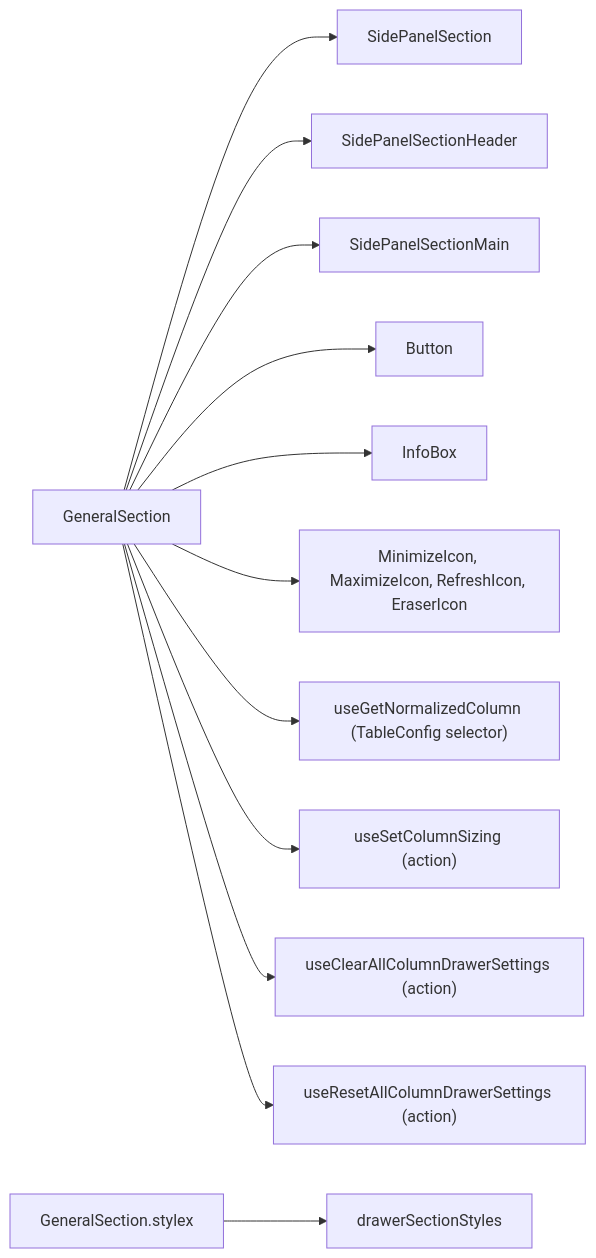
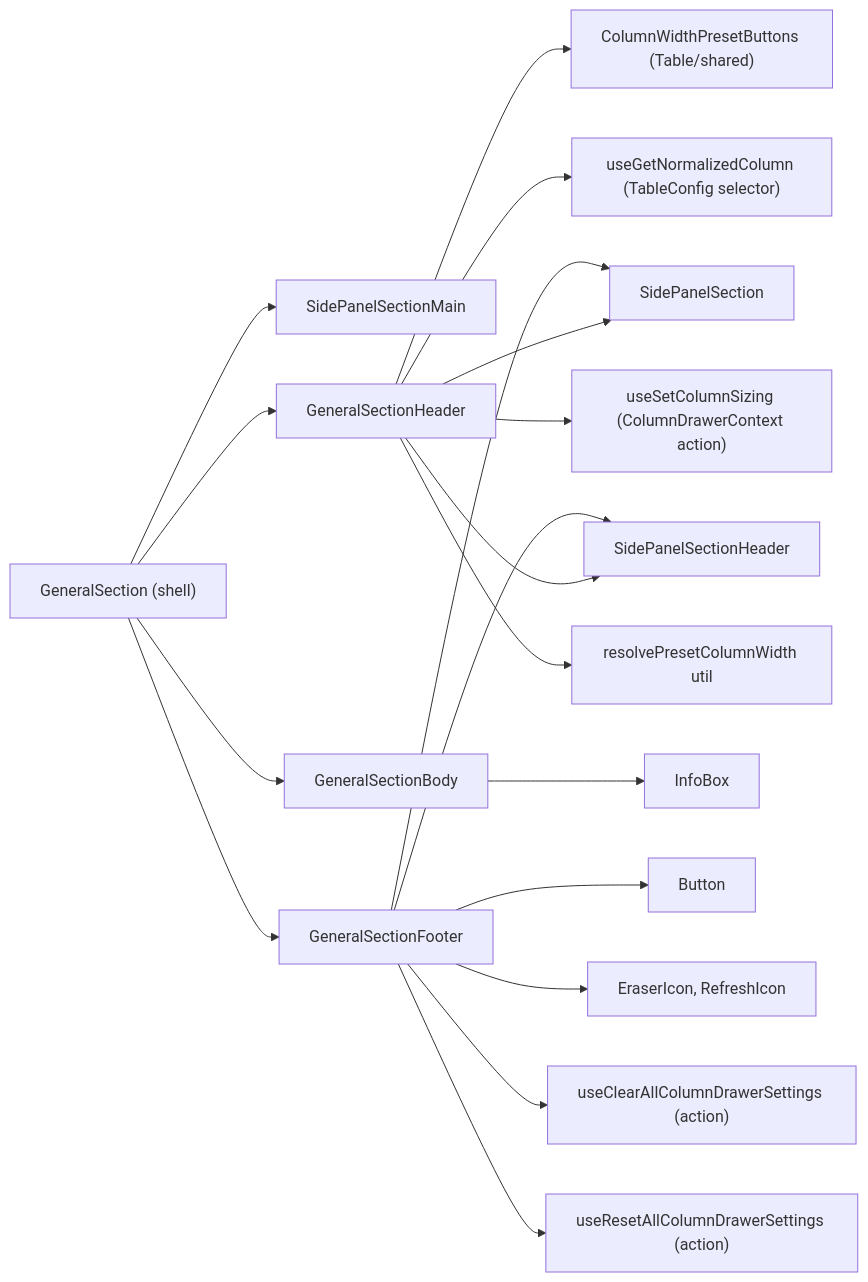
Before and after one commit to luciocabrera/lcabrera-stack: the first of 2 diagrams in packages/ui/src/components/Table/ColumnSettingsDrawer/GeneralSection/ARCHITECTURE.md, drawn with Mermaid. The commit also changed other lines of this file and 13 other files, not shown here.

First line of the commit message:
refactor(ui): GeneralSection thin shell with self-connected Header/Body/Footer delegates

````diff
--- a/packages/ui/src/components/Table/ColumnSettingsDrawer/GeneralSection/ARCHITECTURE.md
+++ b/packages/ui/src/components/Table/ColumnSettingsDrawer/GeneralSection/ARCHITECTURE.md
@@ -17,16 +57,23 @@
 ```mermaid
 graph LR
-  GS["GeneralSection"] --> SidePanelSection
-  GS --> SidePanelSectionHeader
-  GS --> SidePanelSectionMain
-  GS --> Button
-  GS --> InfoBox
-  GS --> Icons["MinimizeIcon, MaximizeIcon, RefreshIcon, EraserIcon"]
+  GS["GeneralSection (shell)"] --> SidePanelSectionMain
+  GS --> Header["GeneralSectionHeader"]
+  GS --> Body["GeneralSectionBody"]
+  GS --> Footer["GeneralSectionFooter"]
 
-  GS --> useGetNormalizedColumn["useGetNormalizedColumn (TableConfig selector)"]
-  GS --> setColumnSizing["useSetColumnSizing (action)"]
-  GS --> clearAll["useClearAllColumnDrawerSettings (action)"]
-  GS --> resetAll["useResetAllColumnDrawerSettings (action)"]
+  Header --> SidePanelSection
+  Header --> SidePanelSectionHeader
+  Header --> ColumnWidthPresetButtons["ColumnWidthPresetButtons (Table/shared)"]
+  Header --> useGetNormalizedColumn["useGetNormalizedColumn (TableConfig selector)"]
+  Header --> setColumnSizing["useSetColumnSizing (ColumnDrawerContext action)"]
+  Header --> resolvePresetColumnWidth["resolvePresetColumnWidth util"]
 
-  GS_stylex["GeneralSection.stylex"] --> drawerSectionStyles
+  Body --> InfoBox
+
+  Footer --> SidePanelSection
+  Footer --> SidePanelSectionHeader
+  Footer --> Button
+  Footer --> Icons["EraserIcon, RefreshIcon"]
+  Footer --> clearAll["useClearAllColumnDrawerSettings (action)"]
+  Footer --> resetAll["useResetAllColumnDrawerSettings (action)"]
 ```
````
